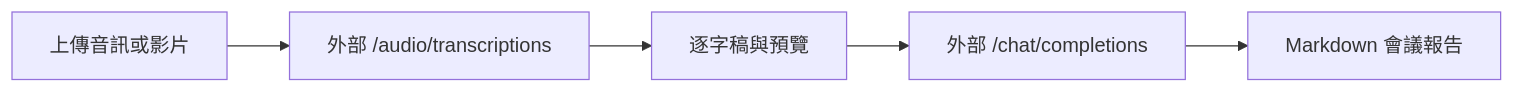
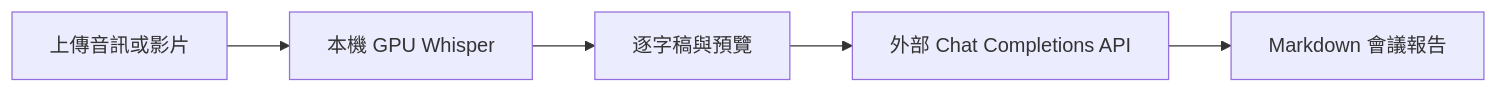
One commit to Daniel-LoCY/meeting-report changed the diagram in README.md. Above: the diagram before and after it, drawn with Mermaid. The commit also changed other lines of this file and 12 other files, not shown here.

Commit message:
feat(meeting): use gpu whisper with external reports

````diff
--- a/README.md
+++ b/README.md
@@ -7,7 +7,7 @@
 ```mermaid
 flowchart LR
-    A[上傳音訊或影片] --> B[外部 /audio/transcriptions]
+    A[上傳音訊或影片] --> B[本機 GPU Whisper]
     B --> C[逐字稿與預覽]
-    C --> D[外部 /chat/completions]
+    C --> D[外部 Chat Completions API]
     D --> E[Markdown 會議報告]
 ```
````
